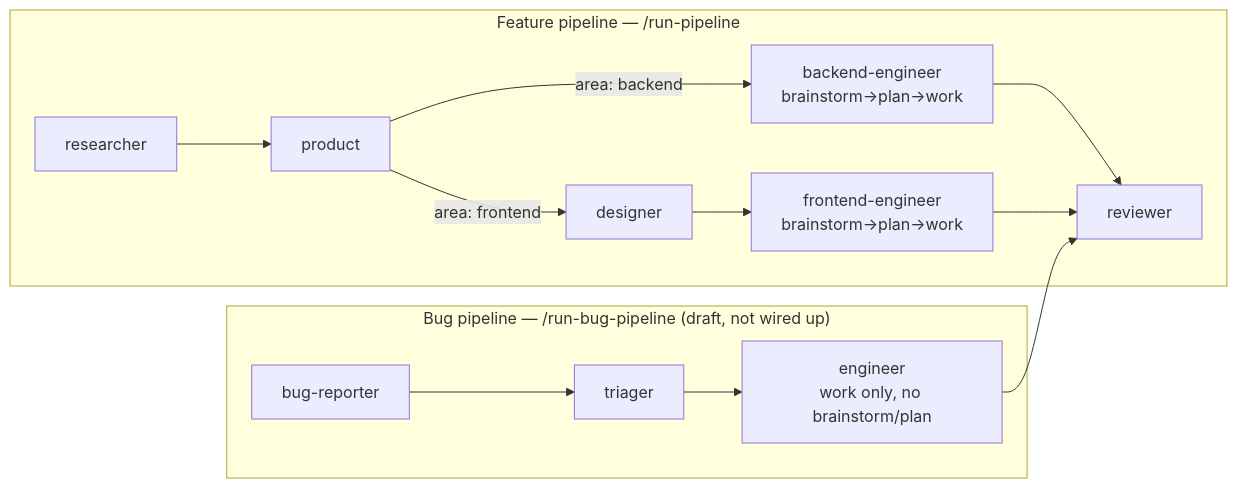
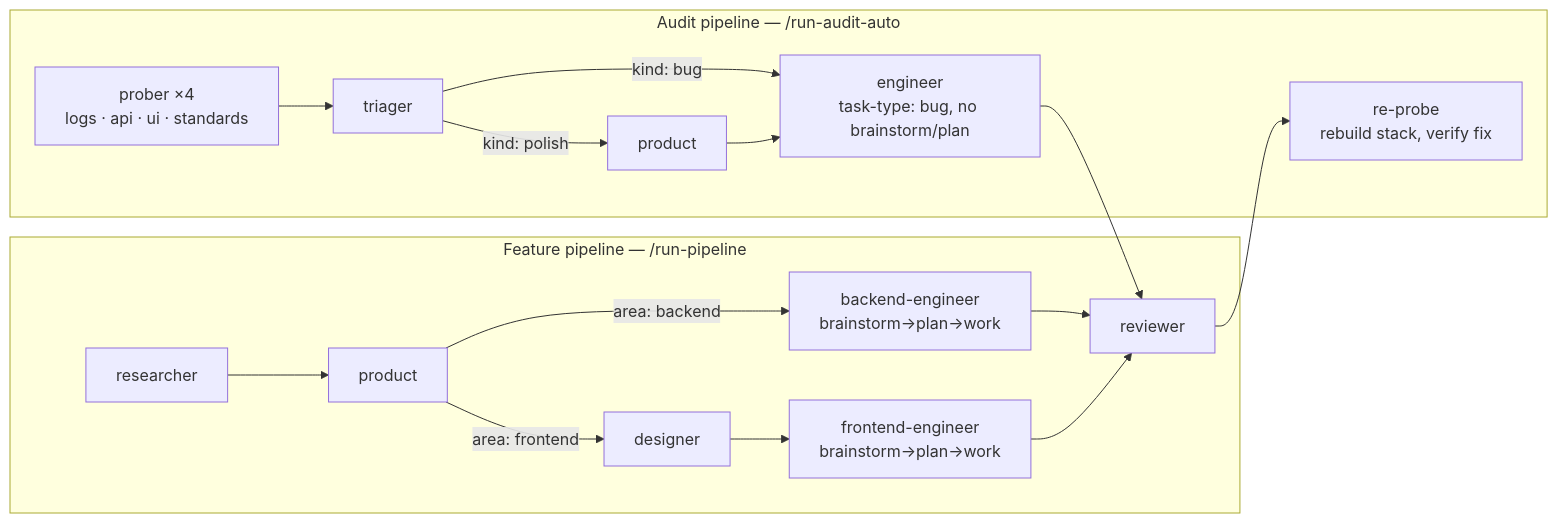
The diagram in docs/agent-pipeline.md (Mateja97/roamly), drawn with Mermaid before and after one commit. The commit also changed other lines of this file, not shown here.

Commit message:
docs: document the audit pipeline replacing the bug-pipeline draft

````diff
--- a/docs/agent-pipeline.md
+++ b/docs/agent-pipeline.md
@@ -6,17 +6,20 @@
 ```mermaid
 flowchart LR
     subgraph FP["Feature pipeline — /run-pipeline"]
         R[researcher] --> P[product]
         P -- "area: frontend" --> D[designer]
         P -- "area: backend" --> EB["backend-engineer\nbrainstorm→plan→work"]
         D --> EF["frontend-engineer\nbrainstorm→plan→work"]
         EB --> RV[reviewer]
         EF --> RV
     end
 
-    subgraph BP["Bug pipeline — /run-bug-pipeline (draft, not wired up)"]
-        BR[bug-reporter] --> TR[triager]
-        TR --> EBUG["engineer\nwork only, no brainstorm/plan"]
+    subgraph AP["Audit pipeline — /run-audit-auto"]
+        PR1["prober ×4\nlogs · api · ui · standards"] --> TR[triager]
+        TR -- "kind: polish" --> PG[product]
+        TR -- "kind: bug" --> EBUG["engineer\ntask-type: bug, no brainstorm/plan"]
+        PG --> EBUG
         EBUG --> RV
+        RV --> RP["re-probe\nrebuild stack, verify fix"]
     end
 ```
````
